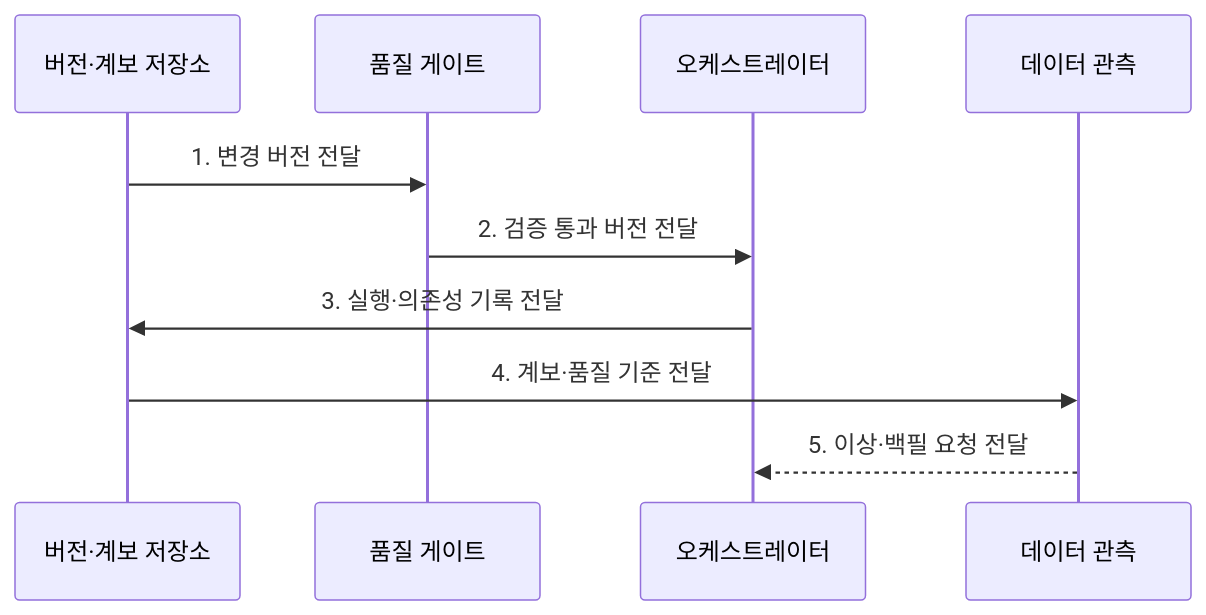
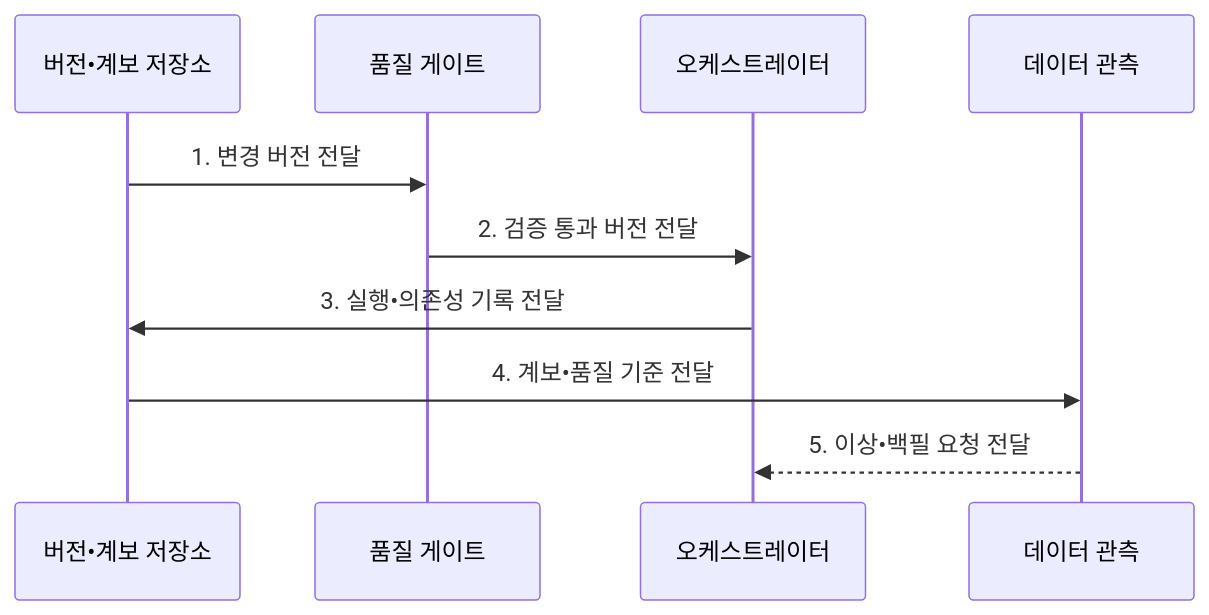
The second of 2 diagrams in src/content/docs/notes/08-latest-tech/131_dataops.md (agnusdei1207/knowledge-base), drawn with Mermaid before and after one commit. The commit also changed other lines of this file and 953 other files, not shown here.

````diff
--- a/src/content/docs/notes/08-latest-tech/131_dataops.md
+++ b/src/content/docs/notes/08-latest-tech/131_dataops.md
@@ -104,12 +104,12 @@
 ```mermaid
 sequenceDiagram
-    participant V as 버전·계보 저장소
+    participant V as 버전•계보 저장소
     participant Q as 품질 게이트
     participant O as 오케스트레이터
     participant M as 데이터 관측
     V->>Q: 1. 변경 버전 전달
     Q->>O: 2. 검증 통과 버전 전달
-    O->>V: 3. 실행·의존성 기록 전달
-    V->>M: 4. 계보·품질 기준 전달
-    M-->>O: 5. 이상·백필 요청 전달
+    O->>V: 3. 실행•의존성 기록 전달
+    V->>M: 4. 계보•품질 기준 전달
+    M-->>O: 5. 이상•백필 요청 전달
 ```
````
